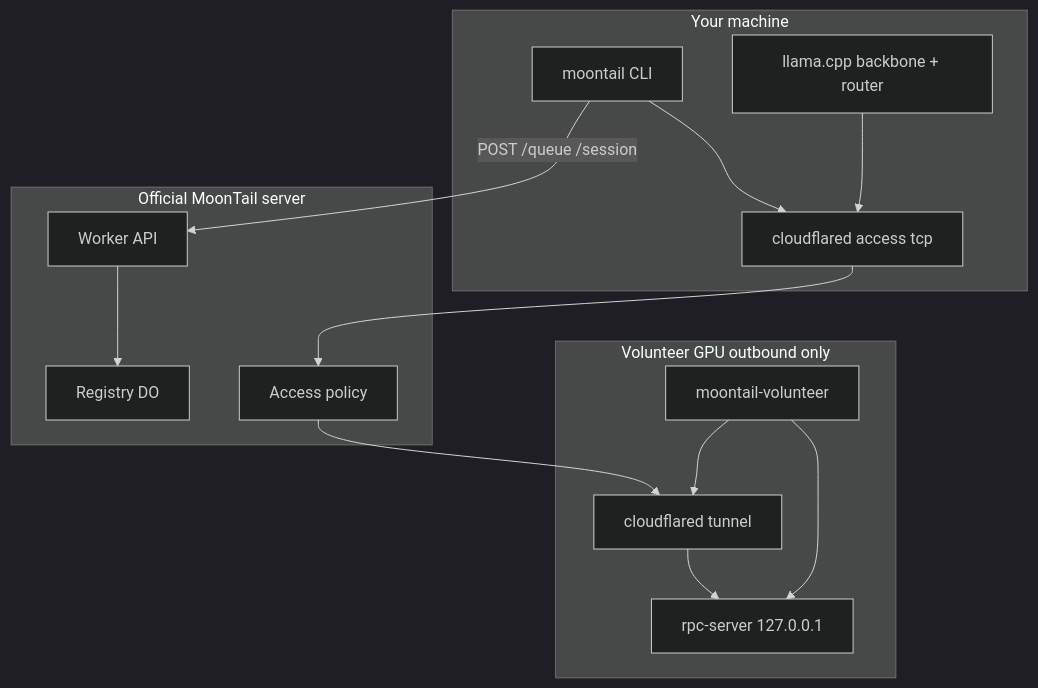
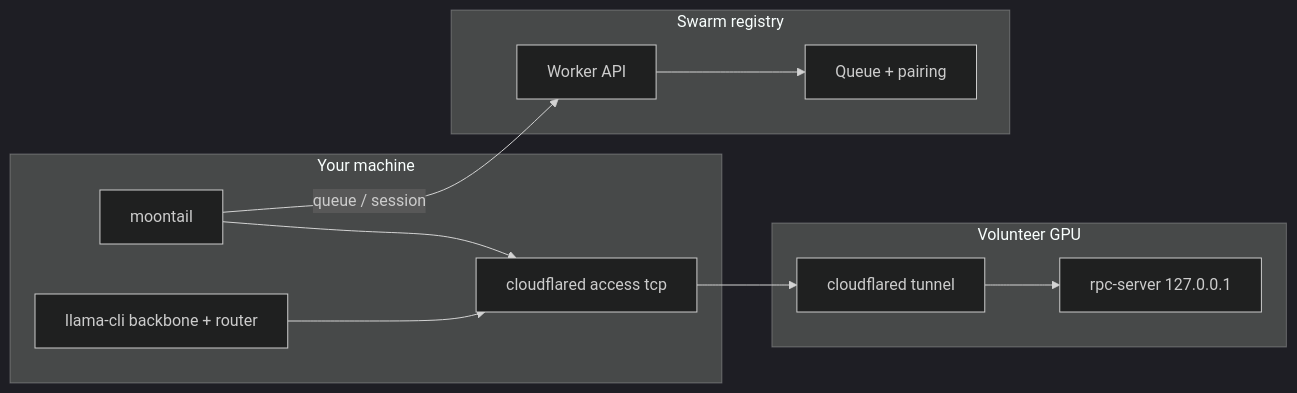
Before and after one commit to vogue84/MoonTail: the diagram in README.md, drawn with Mermaid (dark theme). The commit also changed other lines of this file, not shown here.

````diff
--- a/README.md
+++ b/README.md
@@ -116,25 +91,19 @@
 ```mermaid
-flowchart TB
-    subgraph you [Your machine]
-        MT[moontail CLI]
-        CFc[cloudflared access tcp]
-        LL[llama.cpp backbone + router]
-    end
-    subgraph cloud [Official MoonTail server]
-        W[Worker API]
-        R[Registry DO]
-        A[Access policy]
-    end
-    subgraph vol [Volunteer GPU outbound only]
-        V[moontail-volunteer]
-        T[cloudflared tunnel]
-        RPC[rpc-server 127.0.0.1]
-    end
-    MT -->|POST /queue /session| W
-    W --> R
-    MT --> CFc
-    CFc --> A --> T --> RPC
-    LL --> CFc
-    V --> RPC
-    V --> T
+flowchart LR
+  subgraph you [Your machine]
+    MT[moontail]
+    LL[llama-cli backbone + router]
+    CFc[cloudflared access tcp]
+  end
+  subgraph edge [Swarm registry]
+    W[Worker API]
+    R[Queue + pairing]
+  end
+  subgraph vol [Volunteer GPU]
+    RPC[rpc-server 127.0.0.1]
+    T[cloudflared tunnel]
+  end
+  MT -->|queue / session| W --> R
+  MT --> CFc
+  LL --> CFc --> T --> RPC
 ```
````
